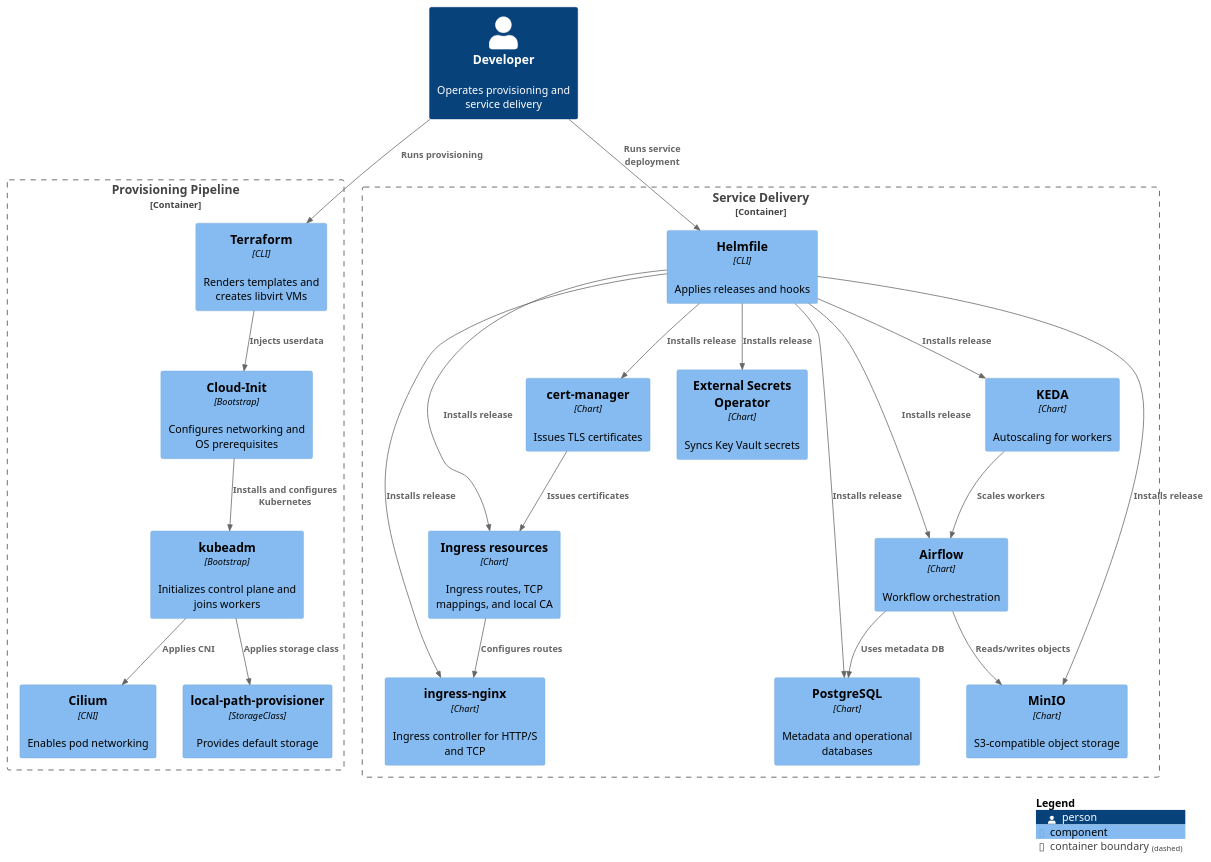
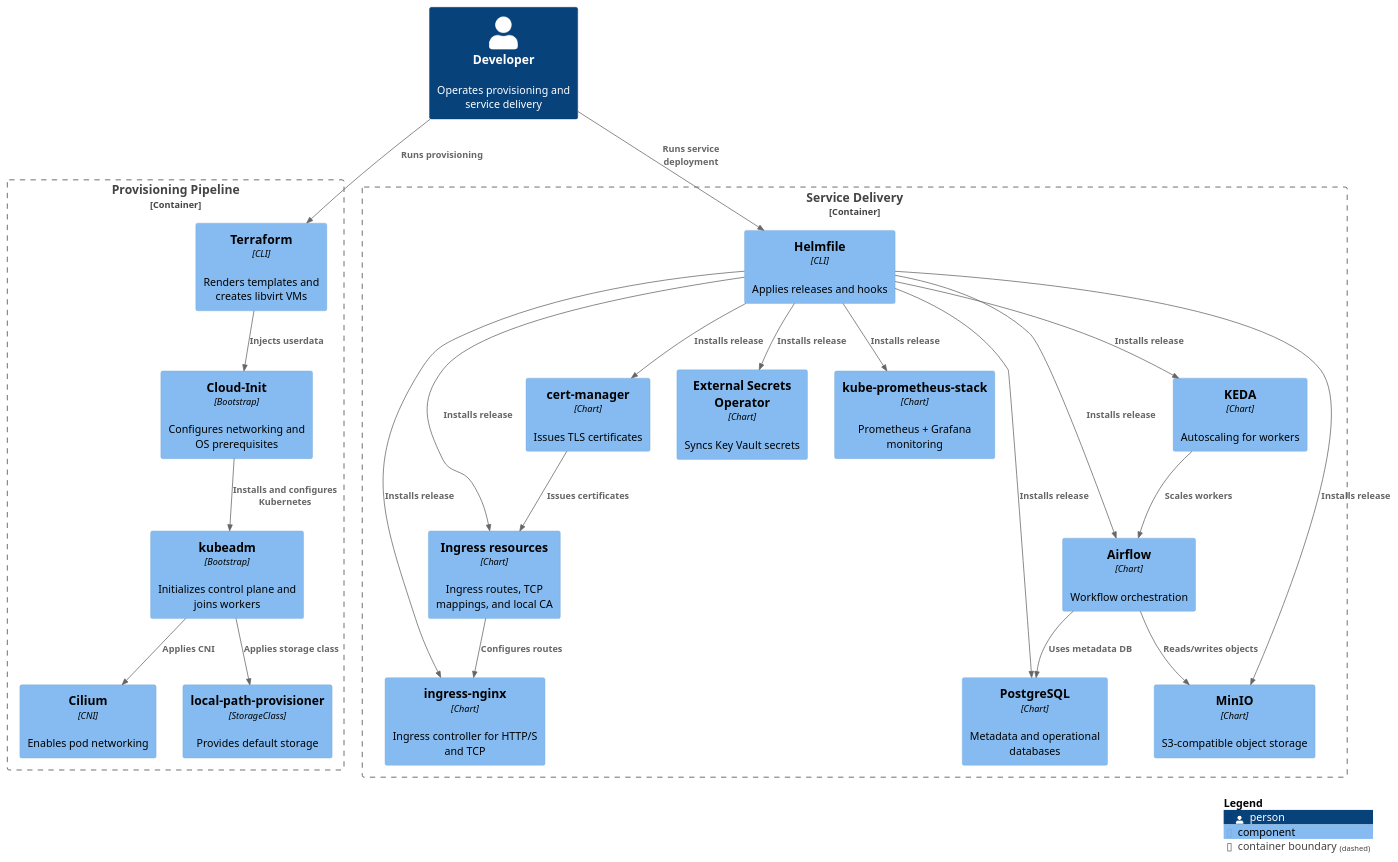
One commit to AntonMiniazev/bohr_project changed the diagram in docs/diagrams/workflow.puml. Above: the diagram before and after it, drawn with PlantUML. The commit also changed 19 other files, not shown here.

Commit message:
Prometheus + Grafana added for monitoring

```diff
--- a/docs/diagrams/workflow.puml
+++ b/docs/diagrams/workflow.puml
@@ -1,49 +1,51 @@
 @startuml Workflow
 !includeurl https://raw.githubusercontent.com/plantuml-stdlib/C4-PlantUML/master/C4_Component.puml
 LAYOUT_WITH_LEGEND()
 HIDE_STEREOTYPE()
 
 Person(dev, "Developer", "Operates provisioning and service delivery")
 
 Container_Boundary(provisioning, "Provisioning Pipeline") {
     Component(terraform, "Terraform", "CLI", "Renders templates and creates libvirt VMs")
     Component(cloudinit, "Cloud-Init", "Bootstrap", "Configures networking and OS prerequisites")
     Component(kubeadm, "kubeadm", "Bootstrap", "Initializes control plane and joins workers")
     Component(cilium, "Cilium", "CNI", "Enables pod networking")
     Component(localpath, "local-path-provisioner", "StorageClass", "Provides default storage")
 }
 
 Container_Boundary(services, "Service Delivery") {
     Component(helmfile, "Helmfile", "CLI", "Applies releases and hooks")
     Component(certmanager, "cert-manager", "Chart", "Issues TLS certificates")
     Component(ingress, "ingress-nginx", "Chart", "Ingress controller for HTTP/S and TCP")
     Component(ingressResources, "Ingress resources", "Chart", "Ingress routes, TCP mappings, and local CA")
     Component(externalSecrets, "External Secrets Operator", "Chart", "Syncs Key Vault secrets")
+    Component(monitoring, "kube-prometheus-stack", "Chart", "Prometheus + Grafana monitoring")
     Component(postgres, "PostgreSQL", "Chart", "Metadata and operational databases")
     Component(minio, "MinIO", "Chart", "S3-compatible object storage")
     Component(airflow, "Airflow", "Chart", "Workflow orchestration")
     Component(keda, "KEDA", "Chart", "Autoscaling for workers")
 }
 
 Rel(dev, terraform, "Runs provisioning")
 Rel(terraform, cloudinit, "Injects userdata")
 Rel(cloudinit, kubeadm, "Installs and configures Kubernetes")
 Rel(kubeadm, cilium, "Applies CNI")
 Rel(kubeadm, localpath, "Applies storage class")
 Rel(dev, helmfile, "Runs service deployment")
 Rel(helmfile, certmanager, "Installs release")
 Rel(helmfile, ingress, "Installs release")
 Rel(helmfile, ingressResources, "Installs release")
 Rel(helmfile, externalSecrets, "Installs release")
+Rel(helmfile, monitoring, "Installs release")
 Rel(helmfile, postgres, "Installs release")
 Rel(helmfile, minio, "Installs release")
 Rel(helmfile, keda, "Installs release")
 Rel(helmfile, airflow, "Installs release")
 Rel(certmanager, ingressResources, "Issues certificates")
 Rel(ingressResources, ingress, "Configures routes")
 Rel(airflow, postgres, "Uses metadata DB")
 Rel(airflow, minio, "Reads/writes objects")
 Rel(keda, airflow, "Scales workers")
 
 SHOW_LEGEND()
 @enduml
```
